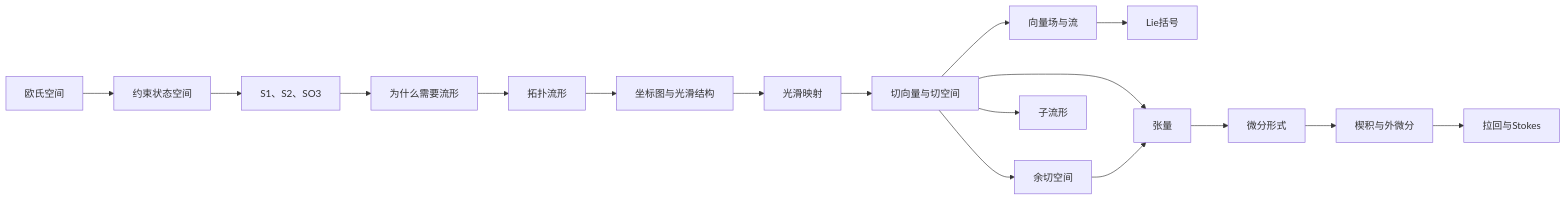
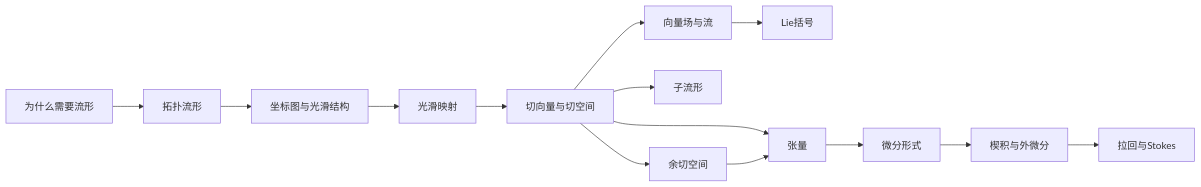
The diagram in 10 Maps/流形与微分几何 MOC.md (kangbeicai/math-knowledge-vault), drawn with Mermaid before and after one commit. The commit also changed other lines of this file and 4 other files, not shown here.

````diff
--- a/10 Maps/流形与微分几何 MOC.md
+++ b/10 Maps/流形与微分几何 MOC.md
@@ -19,19 +19,16 @@
 ```mermaid
 flowchart LR
-    A[欧氏空间] --> B[约束状态空间]
-    B --> C[S1、S2、SO3]
-    C --> D[为什么需要流形]
-    D --> E[拓扑流形]
-    E --> F[坐标图与光滑结构]
-    F --> G[光滑映射]
-    G --> H[切向量与切空间]
-    H --> I[向量场与流]
-    I --> J[Lie括号]
-    H --> K[余切空间]
-    H --> L[张量]
-    K --> L
-    L --> M[微分形式]
-    M --> N[楔积与外微分]
-    N --> O[拉回与Stokes]
-    H --> P[子流形]
+    A[为什么需要流形] --> B[拓扑流形]
+    B --> C[坐标图与光滑结构]
+    C --> D[光滑映射]
+    D --> E[切向量与切空间]
+    E --> F[向量场与流]
+    F --> G[Lie括号]
+    E --> H[子流形]
+    E --> I[余切空间]
+    E --> J[张量]
+    I --> J
+    J --> K[微分形式]
+    K --> L[楔积与外微分]
+    L --> M[拉回与Stokes]
 ```
````
